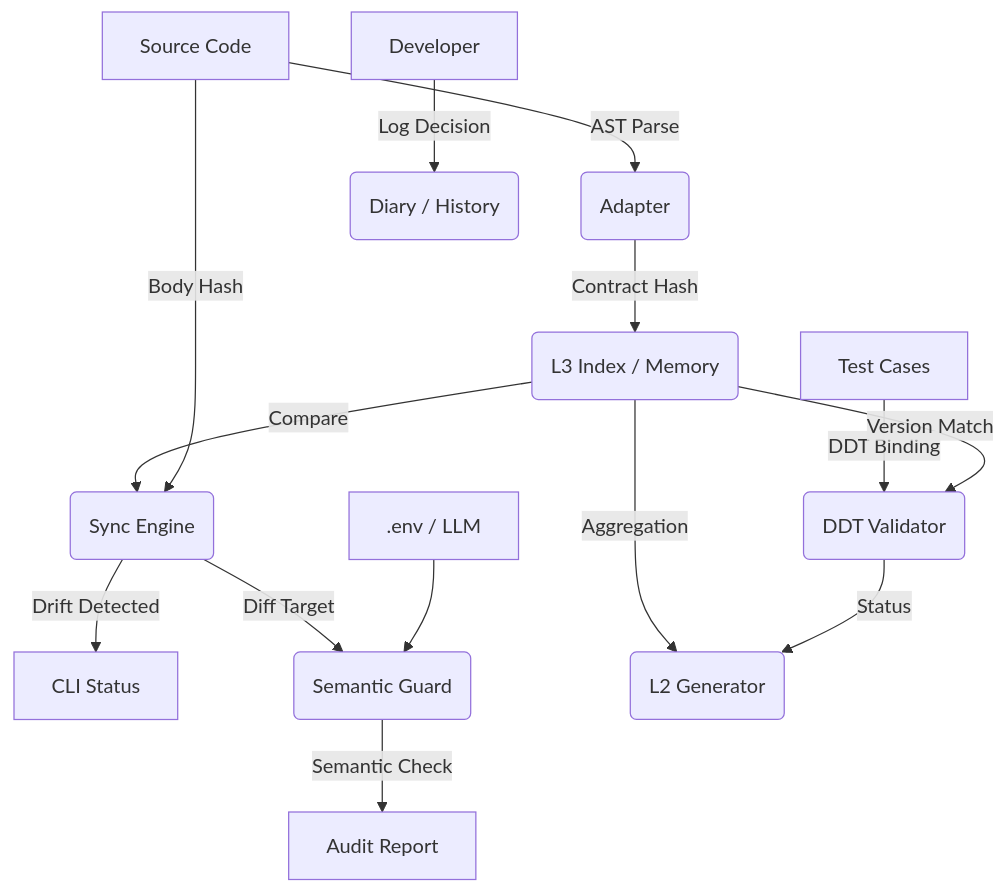
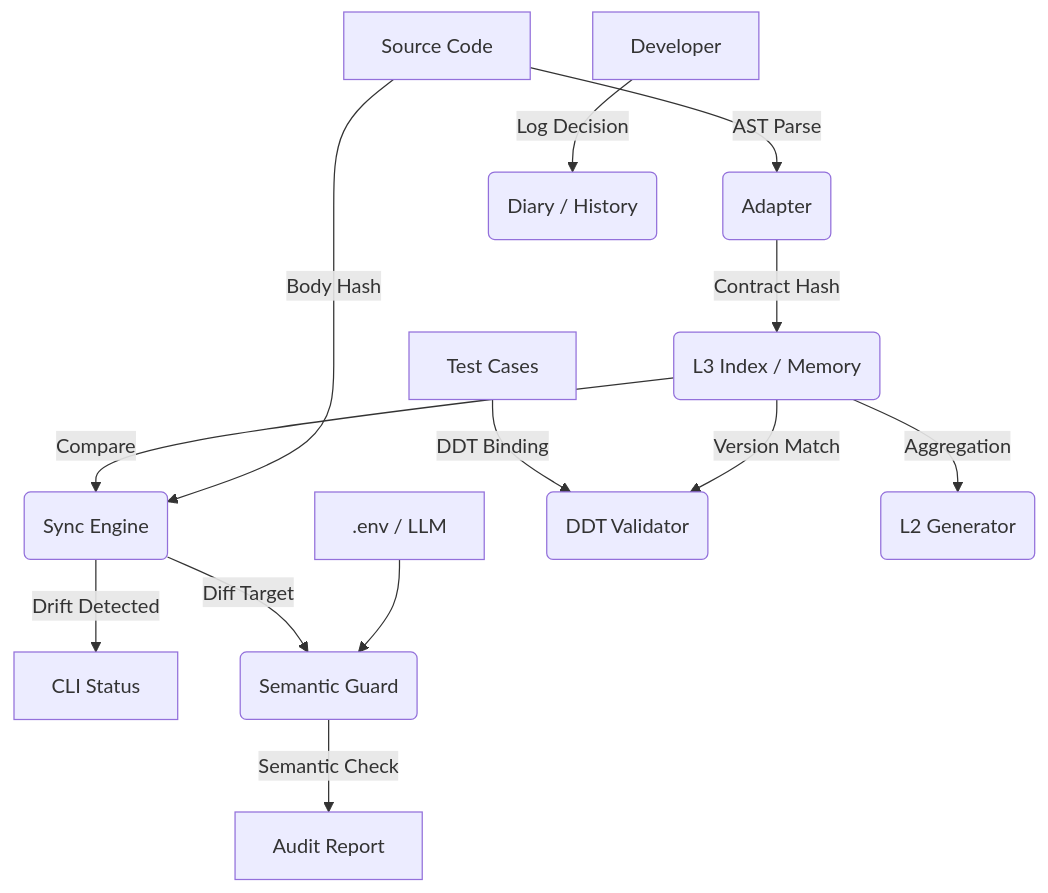
Before and after one commit to ailijian/harbor-spec: the diagram in README.md, drawn with Mermaid. The commit also changed other lines of this file and 2 other files, not shown here.

`````diff
--- a/README.md
+++ b/README.md
@@ -42,22 +42,15 @@
 ```mermaid
 graph TD
     Source[Source Code] -->|AST Parse| Adapter(Adapter)
     Adapter -->|Contract Hash| Index(L3 Index / Memory)
-    
     Index -->|Compare| Sync(Sync Engine)
     Source -->|Body Hash| Sync
-    
     Sync -->|Drift Detected| Status[CLI Status]
     Sync -->|Diff Target| Audit(Semantic Guard)
-    
     Env[.env / LLM] --> Audit
     Audit -->|Semantic Check| Report[Audit Report]
-    
     Tests[Test Cases] -->|DDT Binding| Validator(DDT Validator)
     Index -->|Version Match| Validator
-    
     Index -->|Aggregation| L2(L2 Generator)
-    Validator -->|Status| L2
-    
     User[Developer] -->|Log Decision| Diary(Diary / History)
-````
+```
`````
